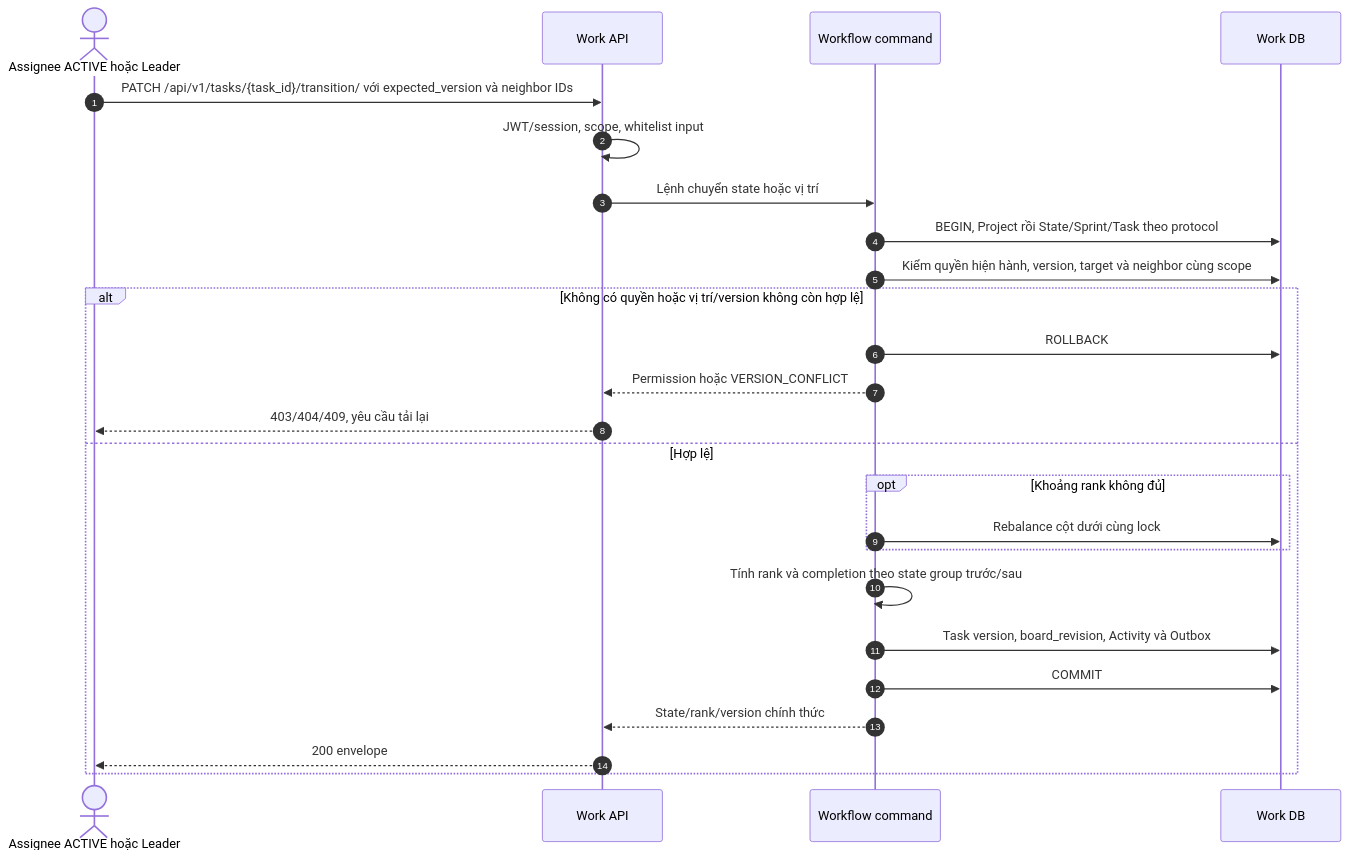
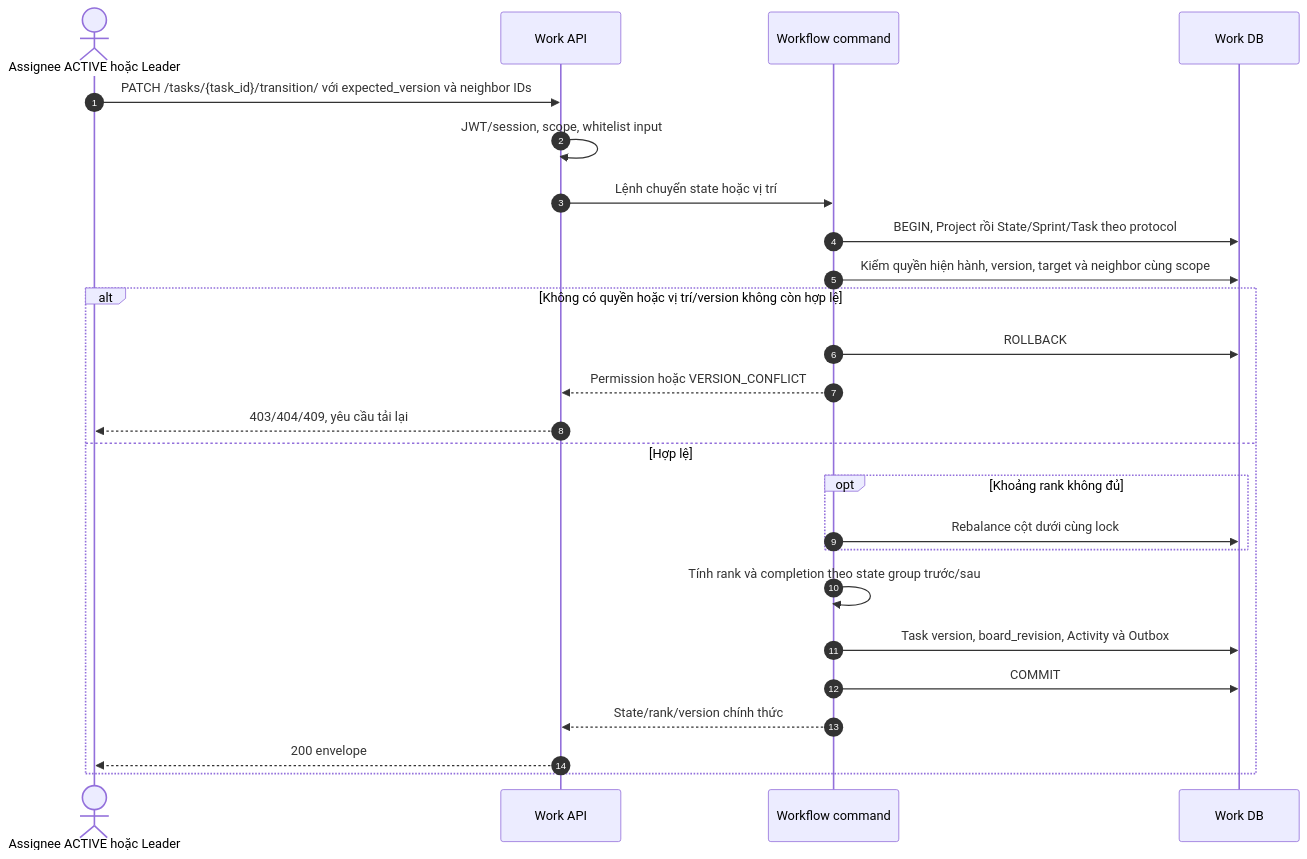
One commit to TriNguyenThanh/UTask changed the second of 12 diagrams in docs/diagram/work-service/sequence.md. Above: the diagram before and after it, drawn with Mermaid. The commit also changed other lines of this file and 68 other files, not shown here.

````diff
--- a/docs/diagram/work-service/sequence.md
+++ b/docs/diagram/work-service/sequence.md
@@ -78,27 +78,27 @@
 ```mermaid
 sequenceDiagram
     autonumber
     actor U as Assignee ACTIVE hoặc Leader
     participant A as Work API
     participant W as Workflow command
     participant D as Work DB
-    U->>A: PATCH /api/v1/tasks/{task_id}/transition/ với expected_version và neighbor IDs
+    U->>A: PATCH /tasks/{task_id}/transition/ với expected_version và neighbor IDs
     A->>A: JWT/session, scope, whitelist input
     A->>W: Lệnh chuyển state hoặc vị trí
     W->>D: BEGIN, Project rồi State/Sprint/Task theo protocol
     W->>D: Kiểm quyền hiện hành, version, target và neighbor cùng scope
     alt Không có quyền hoặc vị trí/version không còn hợp lệ
         W->>D: ROLLBACK
         W-->>A: Permission hoặc VERSION_CONFLICT
         A-->>U: 403/404/409, yêu cầu tải lại
     else Hợp lệ
         opt Khoảng rank không đủ
             W->>D: Rebalance cột dưới cùng lock
         end
         W->>W: Tính rank và completion theo state group trước/sau
         W->>D: Task version, board_revision, Activity và Outbox
         W->>D: COMMIT
         W-->>A: State/rank/version chính thức
         A-->>U: 200 envelope
     end
 ```
````
